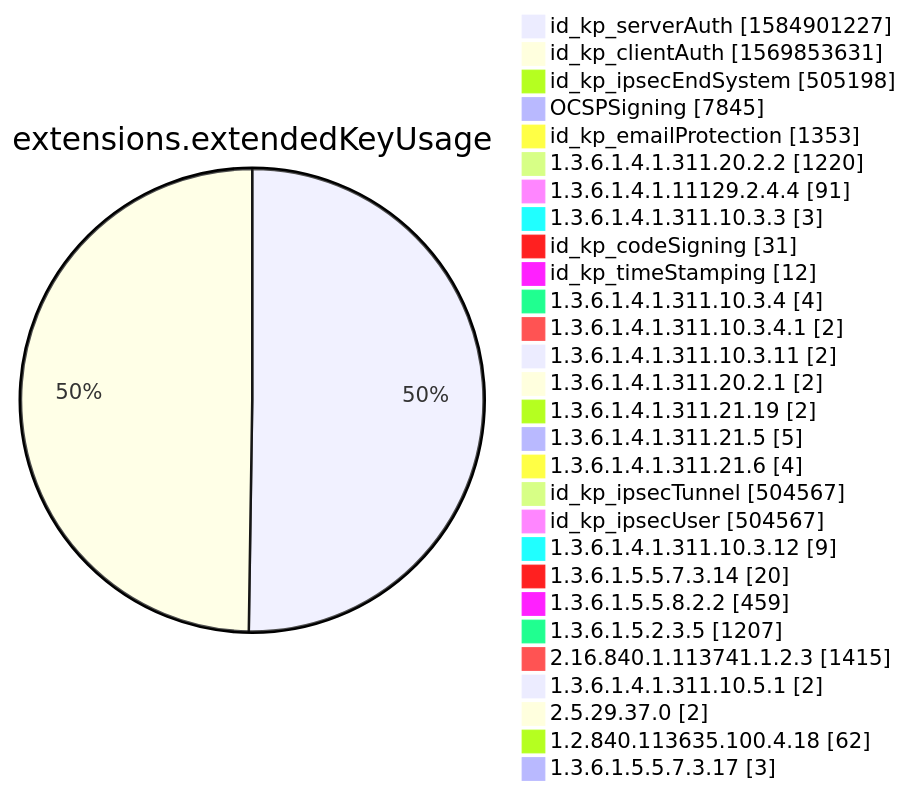
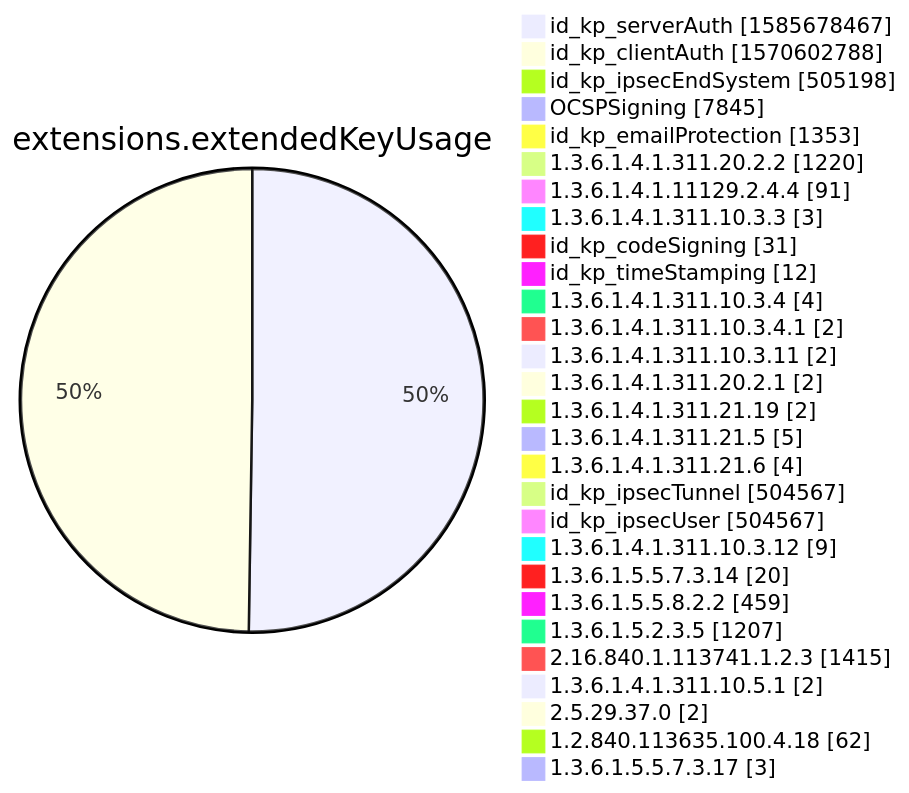
One commit to christiankrug/ctmonitor_visualization changed diagram 12 of 15 in xenon2022/README.md. Above: the diagram before and after it, drawn with Mermaid. The commit also changed other lines of this file, not shown here.

````diff
--- a/xenon2022/README.md
+++ b/xenon2022/README.md
@@ -3884,32 +3884,32 @@
 ```mermaid
 pie showData
 title extensions.extendedKeyUsage
-"id_kp_serverAuth" :1584901227
-"id_kp_clientAuth" :1569853631
+"id_kp_serverAuth" :1585678467
+"id_kp_clientAuth" :1570602788
 "id_kp_ipsecEndSystem" :505198
 "OCSPSigning" :7845
 "id_kp_emailProtection" :1353
 "1.3.6.1.4.1.311.20.2.2" :1220
 "1.3.6.1.4.1.11129.2.4.4" :91
 "1.3.6.1.4.1.311.10.3.3" :3
 "id_kp_codeSigning" :31
 "id_kp_timeStamping" :12
 "1.3.6.1.4.1.311.10.3.4" :4
 "1.3.6.1.4.1.311.10.3.4.1" :2
 "1.3.6.1.4.1.311.10.3.11" :2
 "1.3.6.1.4.1.311.20.2.1" :2
 "1.3.6.1.4.1.311.21.19" :2
 "1.3.6.1.4.1.311.21.5" :5
 "1.3.6.1.4.1.311.21.6" :4
 "id_kp_ipsecTunnel" :504567
 "id_kp_ipsecUser" :504567
 "1.3.6.1.4.1.311.10.3.12" :9
 "1.3.6.1.5.5.7.3.14" :20
 "1.3.6.1.5.5.8.2.2" :459
 "1.3.6.1.5.2.3.5" :1207
 "2.16.840.1.113741.1.2.3" :1415
 "1.3.6.1.4.1.311.10.5.1" :2
 "2.5.29.37.0" :2
 "1.2.840.113635.100.4.18" :62
 "1.3.6.1.5.5.7.3.17" :3
 ```
````
